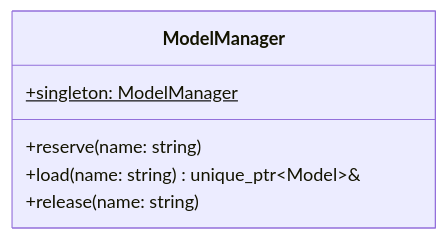
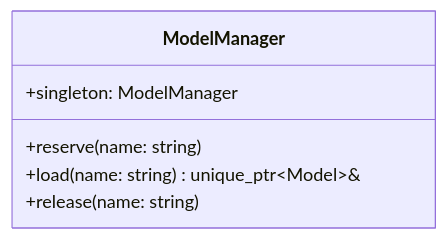
One commit to ufal/linpipe changed the ninth of 9 diagrams in docs/src/dev/architecture.md. Above: the diagram before and after it, drawn with Mermaid.

Commit message:
Remove '$' which gets interpretted as typesetting.

````diff
--- a/docs/src/dev/architecture.md
+++ b/docs/src/dev/architecture.md
@@ -356,9 +356,9 @@
 ```mermaid
 classDiagram
   class ModelManager {
     +reserve(name: string)
     +load(name: string) unique_ptr~Model~&
     +release(name: string)
-    +singleton: ModelManager$
+    +singleton: ModelManager
   }
 ```
````
